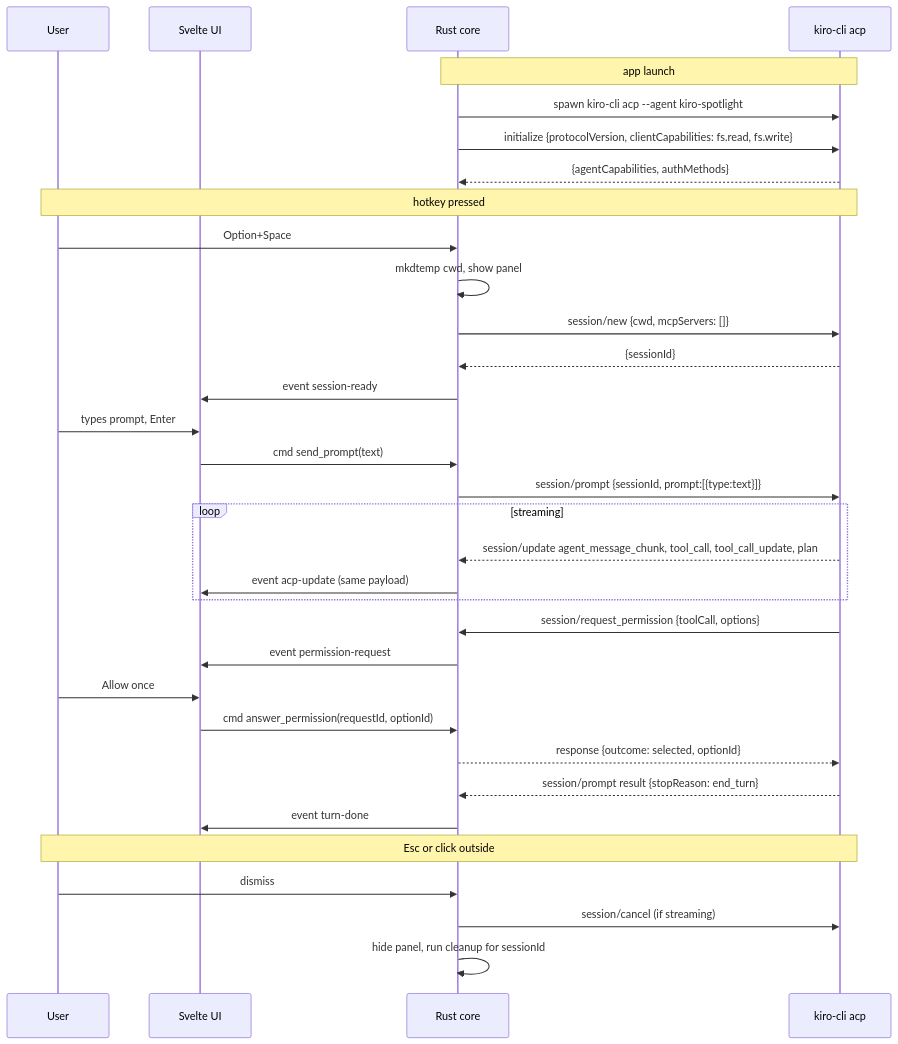
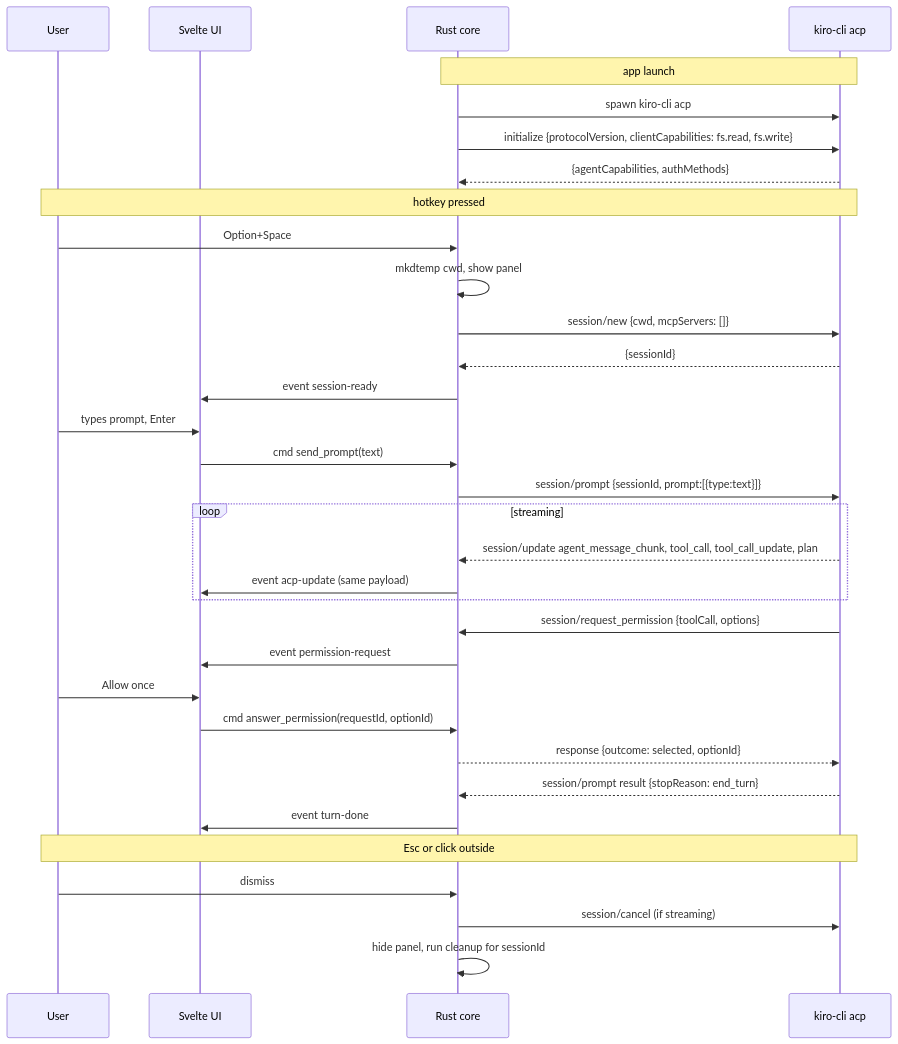
The second of 2 diagrams in docs/ARCHITECTURE.md (srbhgjr/kiro-spotlight), drawn with Mermaid before and after one commit. The commit also changed other lines of this file, not shown here.

````diff
--- a/docs/ARCHITECTURE.md
+++ b/docs/ARCHITECTURE.md
@@ -129,39 +127,39 @@
 ```mermaid
 sequenceDiagram
   participant U as User
   participant UI as Svelte UI
   participant R as Rust core
   participant K as kiro-cli acp
 
   Note over R,K: app launch
-  R->>K: spawn kiro-cli acp --agent kiro-spotlight
+  R->>K: spawn kiro-cli acp
   R->>K: initialize {protocolVersion, clientCapabilities: fs.read, fs.write}
   K-->>R: {agentCapabilities, authMethods}
 
   Note over U,K: hotkey pressed
   U->>R: Option+Space
   R->>R: mkdtemp cwd, show panel
   R->>K: session/new {cwd, mcpServers: []}
   K-->>R: {sessionId}
   R->>UI: event session-ready
 
   U->>UI: types prompt, Enter
   UI->>R: cmd send_prompt(text)
   R->>K: session/prompt {sessionId, prompt:[{type:text}]}
   loop streaming
     K-->>R: session/update agent_message_chunk, tool_call, tool_call_update, plan
     R->>UI: event acp-update (same payload)
   end
   K->>R: session/request_permission {toolCall, options}
   R->>UI: event permission-request
   U->>UI: Allow once
   UI->>R: cmd answer_permission(requestId, optionId)
   R-->>K: response {outcome: selected, optionId}
   K-->>R: session/prompt result {stopReason: end_turn}
   R->>UI: event turn-done
 
   Note over U,K: Esc or click outside
   U->>R: dismiss
   R->>K: session/cancel (if streaming)
   R->>R: hide panel, run cleanup for sessionId
 ```
````
